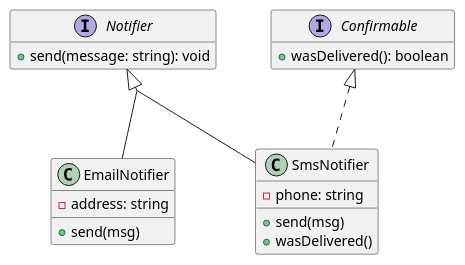
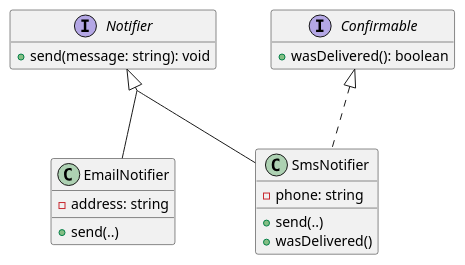
Before and after one commit to ubccpsc/210: the third of 4 diagrams in docs/part2/05_boundaries.md, drawn with PlantUML. The commit also changed other lines of this file and 6 other files, not shown here.

````diff
--- a/docs/part2/05_boundaries.md
+++ b/docs/part2/05_boundaries.md
@@ -265,23 +252,23 @@
 ```plantuml
 @startuml
 
 hide empty members
 skinparam groupInheritance 2
 
 interface Notifier
 interface Confirmable
 
 Notifier <|.. EmailNotifier
 Notifier <|.. SmsNotifier
 Confirmable <|.. SmsNotifier
 
 Notifier : +send(message: string): void
 Confirmable : +wasDelivered(): boolean
 EmailNotifier : -address: string
-EmailNotifier : +send(msg)
+EmailNotifier : +send(..)
 SmsNotifier : -phone: string
-SmsNotifier : +send(msg)
+SmsNotifier : +send(..)
 SmsNotifier : +wasDelivered()
 
 @enduml
 ```
````
